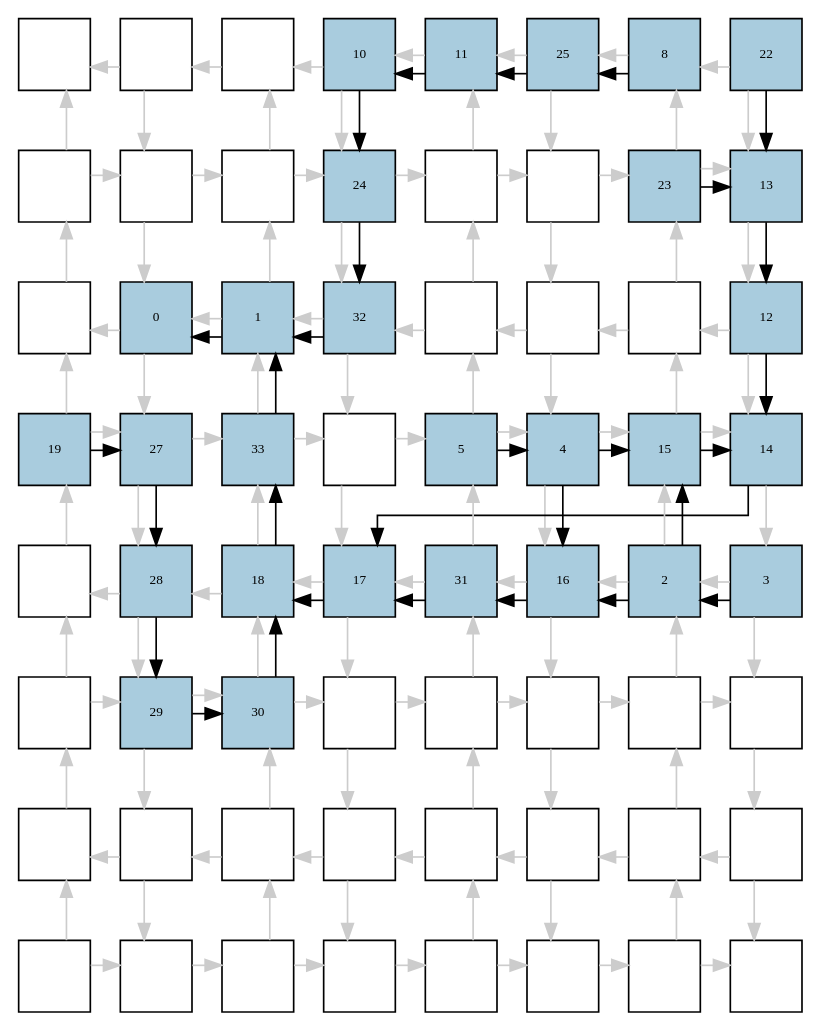
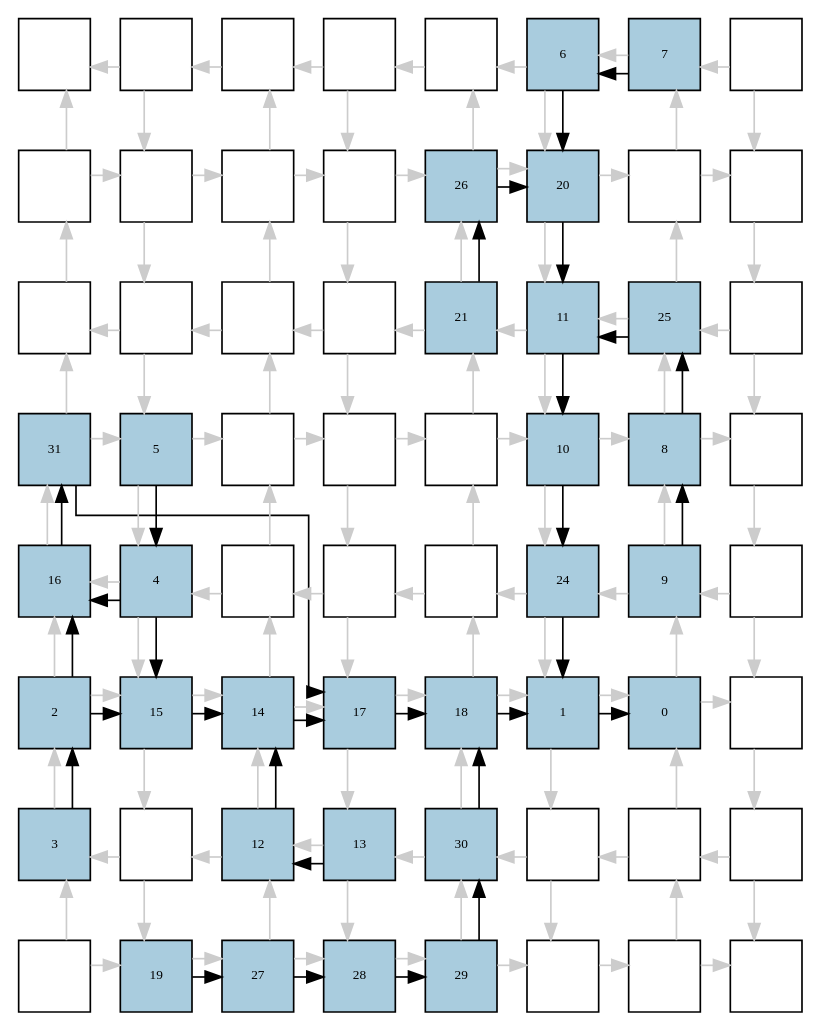
The diagram in reports/qca/yoto_zz/dot/newtag_inverted_1.dot (jeronimopenha/PeR), drawn with Graphviz before and after one commit. The commit also changed 558 other files, not shown here.

```diff
--- a/reports/qca/yoto_zz/dot/newtag_inverted_1.dot
+++ b/reports/qca/yoto_zz/dot/newtag_inverted_1.dot
@@ -7,64 +7,64 @@
 0[label="", fontsize=8, fillcolor="#ffffff"];
 1[label="", fontsize=8, fillcolor="#ffffff"];
 2[label="", fontsize=8, fillcolor="#ffffff"];
-3[label="10", fontsize=8, fillcolor="#a9ccde"];
-4[label="11", fontsize=8, fillcolor="#a9ccde"];
-5[label="25", fontsize=8, fillcolor="#a9ccde"];
-6[label="8", fontsize=8, fillcolor="#a9ccde"];
-7[label="22", fontsize=8, fillcolor="#a9ccde"];
+3[label="", fontsize=8, fillcolor="#ffffff"];
+4[label="", fontsize=8, fillcolor="#ffffff"];
+5[label="6", fontsize=8, fillcolor="#a9ccde"];
+6[label="7", fontsize=8, fillcolor="#a9ccde"];
+7[label="", fontsize=8, fillcolor="#ffffff"];
 8[label="", fontsize=8, fillcolor="#ffffff"];
 9[label="", fontsize=8, fillcolor="#ffffff"];
 10[label="", fontsize=8, fillcolor="#ffffff"];
-11[label="24", fontsize=8, fillcolor="#a9ccde"];
-12[label="", fontsize=8, fillcolor="#ffffff"];
-13[label="", fontsize=8, fillcolor="#ffffff"];
-14[label="23", fontsize=8, fillcolor="#a9ccde"];
-15[label="13", fontsize=8, fillcolor="#a9ccde"];
+11[label="", fontsize=8, fillcolor="#ffffff"];
+12[label="26", fontsize=8, fillcolor="#a9ccde"];
+13[label="20", fontsize=8, fillcolor="#a9ccde"];
+14[label="", fontsize=8, fillcolor="#ffffff"];
+15[label="", fontsize=8, fillcolor="#ffffff"];
 16[label="", fontsize=8, fillcolor="#ffffff"];
-17[label="0", fontsize=8, fillcolor="#a9ccde"];
-18[label="1", fontsize=8, fillcolor="#a9ccde"];
-19[label="32", fontsize=8, fillcolor="#a9ccde"];
-20[label="", fontsize=8, fillcolor="#ffffff"];
-21[label="", fontsize=8, fillcolor="#ffffff"];
-22[label="", fontsize=8, fillcolor="#ffffff"];
-23[label="12", fontsize=8, fillcolor="#a9ccde"];
-24[label="19", fontsize=8, fillcolor="#a9ccde"];
-25[label="27", fontsize=8, fillcolor="#a9ccde"];
-26[label="33", fontsize=8, fillcolor="#a9ccde"];
+17[label="", fontsize=8, fillcolor="#ffffff"];
+18[label="", fontsize=8, fillcolor="#ffffff"];
+19[label="", fontsize=8, fillcolor="#ffffff"];
+20[label="21", fontsize=8, fillcolor="#a9ccde"];
+21[label="11", fontsize=8, fillcolor="#a9ccde"];
+22[label="25", fontsize=8, fillcolor="#a9ccde"];
+23[label="", fontsize=8, fillcolor="#ffffff"];
+24[label="31", fontsize=8, fillcolor="#a9ccde"];
+25[label="5", fontsize=8, fillcolor="#a9ccde"];
+26[label="", fontsize=8, fillcolor="#ffffff"];
 27[label="", fontsize=8, fillcolor="#ffffff"];
-28[label="5", fontsize=8, fillcolor="#a9ccde"];
-29[label="4", fontsize=8, fillcolor="#a9ccde"];
-30[label="15", fontsize=8, fillcolor="#a9ccde"];
-31[label="14", fontsize=8, fillcolor="#a9ccde"];
-32[label="", fontsize=8, fillcolor="#ffffff"];
-33[label="28", fontsize=8, fillcolor="#a9ccde"];
-34[label="18", fontsize=8, fillcolor="#a9ccde"];
-35[label="17", fontsize=8, fillcolor="#a9ccde"];
-36[label="31", fontsize=8, fillcolor="#a9ccde"];
-37[label="16", fontsize=8, fillcolor="#a9ccde"];
-38[label="2", fontsize=8, fillcolor="#a9ccde"];
-39[label="3", fontsize=8, fillcolor="#a9ccde"];
-40[label="", fontsize=8, fillcolor="#ffffff"];
-41[label="29", fontsize=8, fillcolor="#a9ccde"];
-42[label="30", fontsize=8, fillcolor="#a9ccde"];
-43[label="", fontsize=8, fillcolor="#ffffff"];
-44[label="", fontsize=8, fillcolor="#ffffff"];
-45[label="", fontsize=8, fillcolor="#ffffff"];
-46[label="", fontsize=8, fillcolor="#ffffff"];
+28[label="", fontsize=8, fillcolor="#ffffff"];
+29[label="10", fontsize=8, fillcolor="#a9ccde"];
+30[label="8", fontsize=8, fillcolor="#a9ccde"];
+31[label="", fontsize=8, fillcolor="#ffffff"];
+32[label="16", fontsize=8, fillcolor="#a9ccde"];
+33[label="4", fontsize=8, fillcolor="#a9ccde"];
+34[label="", fontsize=8, fillcolor="#ffffff"];
+35[label="", fontsize=8, fillcolor="#ffffff"];
+36[label="", fontsize=8, fillcolor="#ffffff"];
+37[label="24", fontsize=8, fillcolor="#a9ccde"];
+38[label="9", fontsize=8, fillcolor="#a9ccde"];
+39[label="", fontsize=8, fillcolor="#ffffff"];
+40[label="2", fontsize=8, fillcolor="#a9ccde"];
+41[label="15", fontsize=8, fillcolor="#a9ccde"];
+42[label="14", fontsize=8, fillcolor="#a9ccde"];
+43[label="17", fontsize=8, fillcolor="#a9ccde"];
+44[label="18", fontsize=8, fillcolor="#a9ccde"];
+45[label="1", fontsize=8, fillcolor="#a9ccde"];
+46[label="0", fontsize=8, fillcolor="#a9ccde"];
 47[label="", fontsize=8, fillcolor="#ffffff"];
-48[label="", fontsize=8, fillcolor="#ffffff"];
+48[label="3", fontsize=8, fillcolor="#a9ccde"];
 49[label="", fontsize=8, fillcolor="#ffffff"];
-50[label="", fontsize=8, fillcolor="#ffffff"];
-51[label="", fontsize=8, fillcolor="#ffffff"];
-52[label="", fontsize=8, fillcolor="#ffffff"];
+50[label="12", fontsize=8, fillcolor="#a9ccde"];
+51[label="13", fontsize=8, fillcolor="#a9ccde"];
+52[label="30", fontsize=8, fillcolor="#a9ccde"];
 53[label="", fontsize=8, fillcolor="#ffffff"];
 54[label="", fontsize=8, fillcolor="#ffffff"];
 55[label="", fontsize=8, fillcolor="#ffffff"];
 56[label="", fontsize=8, fillcolor="#ffffff"];
-57[label="", fontsize=8, fillcolor="#ffffff"];
-58[label="", fontsize=8, fillcolor="#ffffff"];
-59[label="", fontsize=8, fillcolor="#ffffff"];
-60[label="", fontsize=8, fillcolor="#ffffff"];
+57[label="19", fontsize=8, fillcolor="#a9ccde"];
+58[label="27", fontsize=8, fillcolor="#a9ccde"];
+59[label="28", fontsize=8, fillcolor="#a9ccde"];
+60[label="29", fontsize=8, fillcolor="#a9ccde"];
 61[label="", fontsize=8, fillcolor="#ffffff"];
 62[label="", fontsize=8, fillcolor="#ffffff"];
 63[label="", fontsize=8, fillcolor="#ffffff"];
@@ -181,35 +181,37 @@
 61 -> 62 [color="#cccccc"];
 62 -> 63 [color="#cccccc"];
 62 -> 54 [color="#cccccc"];
+40 -> 41;
+33 -> 41;
+40 -> 32;
+33 -> 32;
+50 -> 42;
+41 -> 42;
+45 -> 46;
+29 -> 37;
+37 -> 45;
+44 -> 45;
+30 -> 22;
+22 -> 21;
+13 -> 21;
+5 -> 13;
+20 -> 12;
+12 -> 13;
+57 -> 58;
+58 -> 59;
+59 -> 60;
+60 -> 52;
+52 -> 44;
+43 -> 44;
+42 -> 43;
+32 -> 24;
+24 -> 43;
+25 -> 33;
+48 -> 40;
+6 -> 5;
 38 -> 30;
-29 -> 30;
-38 -> 37;
-29 -> 37;
-23 -> 31;
-30 -> 31;
-14 -> 15;
-7 -> 15;
-18 -> 17;
-3 -> 11;
-11 -> 19;
-19 -> 18;
-34 -> 26;
-26 -> 18;
-6 -> 5;
-5 -> 4;
-24 -> 25;
-25 -> 33;
-33 -> 41;
-41 -> 42;
-42 -> 34;
-35 -> 34;
-31 -> 35;
-37 -> 36;
-36 -> 35;
-28 -> 29;
-39 -> 38;
-4 -> 3;
-15 -> 23;
+21 -> 29;
+51 -> 50;
 edge [constraint=true, style=invis];
 0 -> 8 -> 16 -> 24 -> 32 -> 40 -> 48 -> 56;
 1 -> 9 -> 17 -> 25 -> 33 -> 41 -> 49 -> 57;
```
